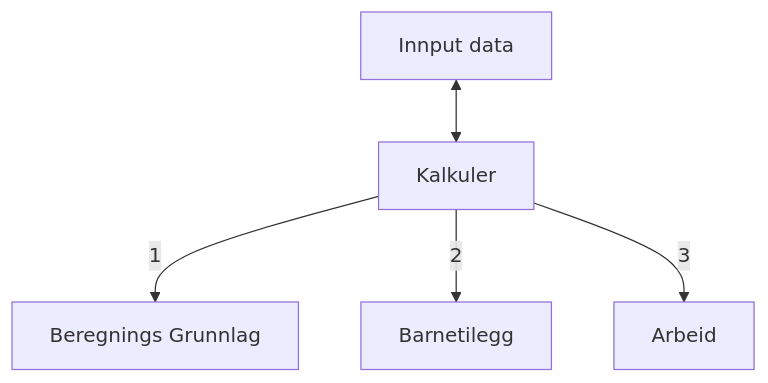
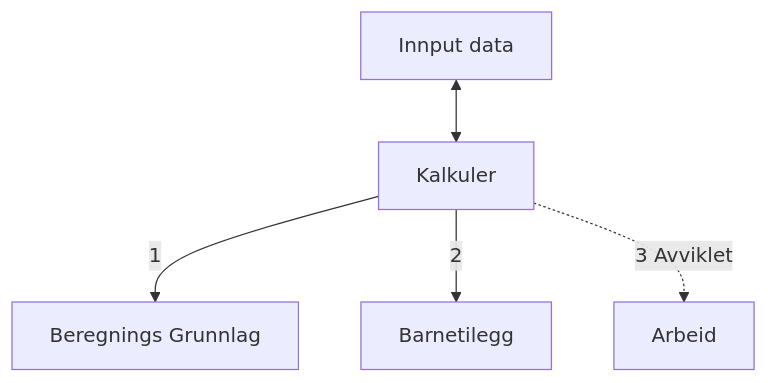
Before and after one commit to navikt/aap-kalkulator-frontend: the second of 2 diagrams in README.md, drawn with Mermaid. The commit also changed other lines of this file, not shown here.

````diff
--- a/README.md
+++ b/README.md
@@ -55,7 +55,7 @@
 ```mermaid
 flowchart TD
     s[Innput data] <--> A
     A[Kalkuler] -->|1| B[Beregnings Grunnlag]
     A -->|2| C[Barnetilegg]
-    A -->|3| D[Arbeid]
+    A -.->|3 Avviklet| D[Arbeid]
 ```
````
